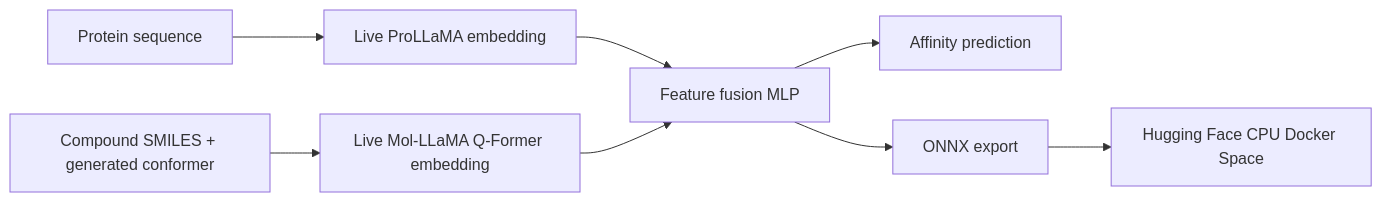
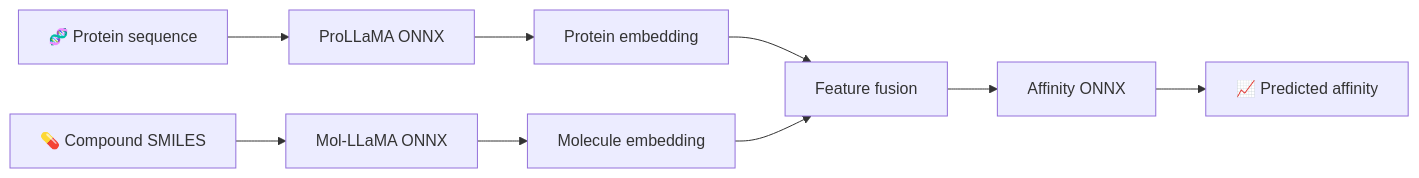
One commit to karthikeyanr103/Protein-Ligand-Affinity-Prediction-Using-LLM changed the first of 3 diagrams in README.md. Above: the diagram before and after it, drawn with Mermaid. The commit also changed other lines of this file and 36 other files, not shown here.

````diff
--- a/README.md
+++ b/README.md
@@ -18,10 +31,11 @@
 ```mermaid
 flowchart LR
-    A["Protein sequence"] --> B["Live ProLLaMA embedding"]
-    C["Compound SMILES + generated conformer"] --> D["Live Mol-LLaMA Q-Former embedding"]
-    B --> E["Feature fusion MLP"]
-    D --> E
-    E --> F["Affinity prediction"]
-    E --> G["ONNX export"]
-    G --> H["Hugging Face CPU Docker Space"]
+    P["🧬 Protein sequence"] --> PRO["ProLLaMA ONNX"]
+    S["💊 Compound SMILES"] --> MOL["Mol-LLaMA ONNX"]
+    PRO --> PE["Protein embedding"]
+    MOL --> ME["Molecule embedding"]
+    PE --> F["Feature fusion"]
+    ME --> F
+    F --> A["Affinity ONNX"]
+    A --> Y["📈 Predicted affinity"]
 ```
````
